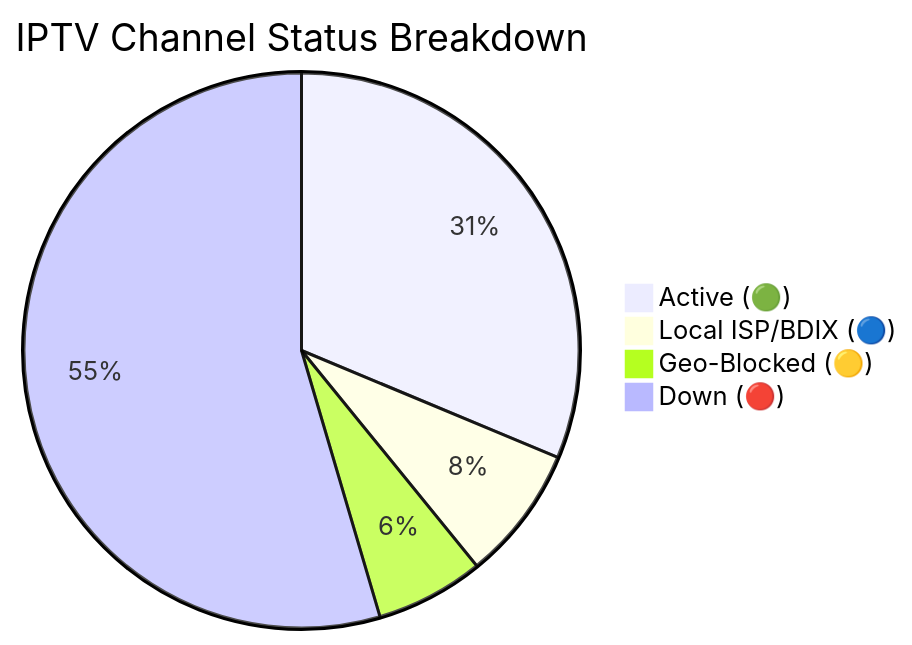
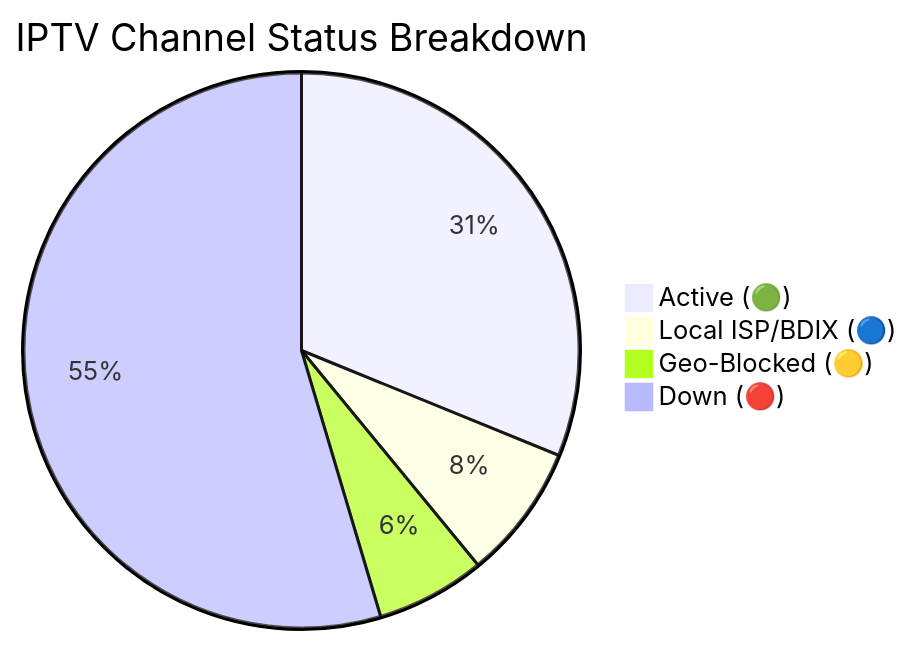
Before and after one commit to Zaman-Topu/Ip-tv-Collection: the diagram in README.md, drawn with Mermaid. The commit also changed other lines of this file and 6 other files, not shown here.

````diff
--- a/README.md
+++ b/README.md
@@ -95,7 +95,7 @@
 ```mermaid
 pie title IPTV Channel Status Breakdown
-    "Active (🟢)" : 10676
-    "Local ISP/BDIX (🔵)" : 2674
-    "Geo-Blocked (🟡)" : 2153
-    "Down (🔴)" : 18616
+    "Active (🟢)" : 10648
+    "Local ISP/BDIX (🔵)" : 2693
+    "Geo-Blocked (🟡)" : 2172
+    "Down (🔴)" : 18658
 ```
````
